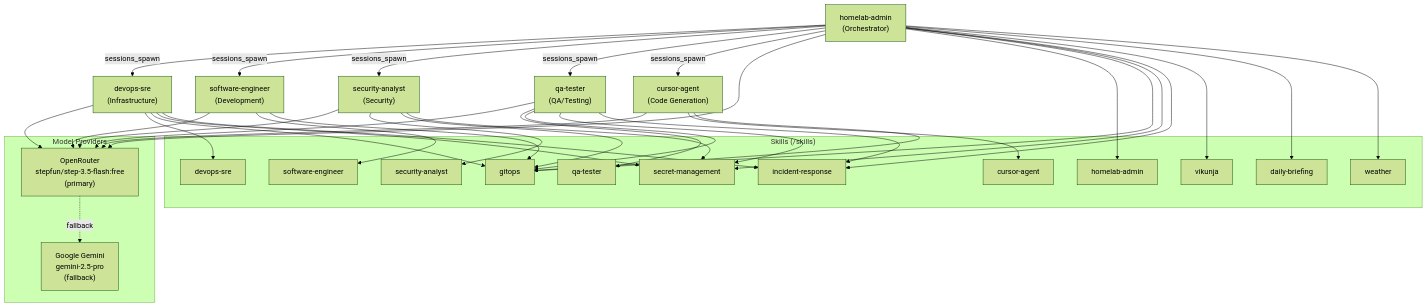
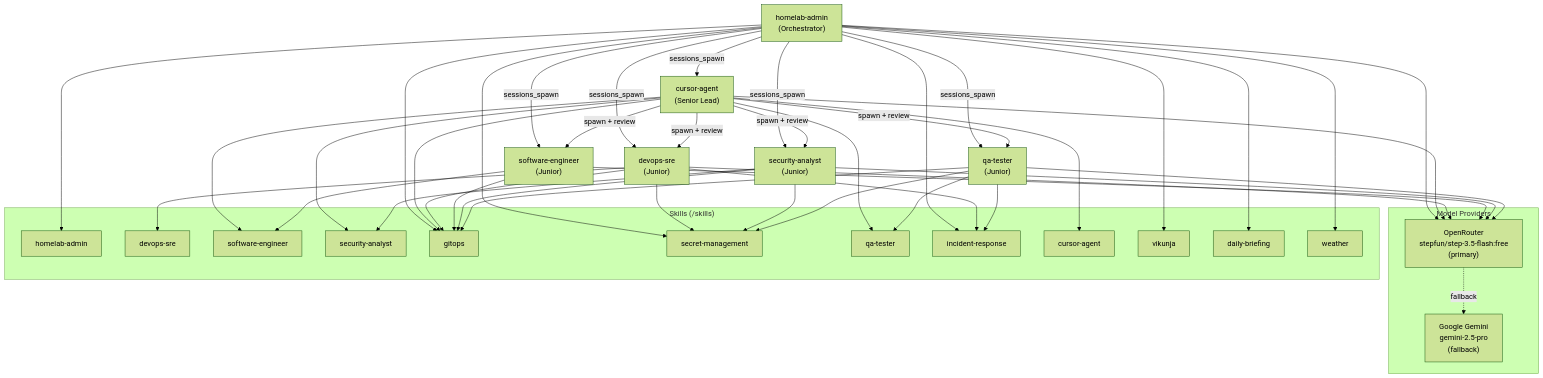
Before and after one commit to haingth77/homelab: the eighth of 8 diagrams in k8s/apps/openclaw/README.md, drawn with Mermaid (forest theme). The commit also changed other lines of this file and 10 other files, not shown here.

First line of the commit message:
feat: promote cursor-agent to senior lead with PR review authority and sub-agent spawning

````diff
--- a/k8s/apps/openclaw/README.md
+++ b/k8s/apps/openclaw/README.md
@@ -818,45 +821,49 @@
 ```mermaid
 flowchart TD
     subgraph models["Model Providers"]
         OpenRouterM["OpenRouter\nstepfun/step-3.5-flash:free\n(primary)"]
         GeminiM["Google Gemini\ngemini-2.5-pro\n(fallback)"]
     end
 
     HA["homelab-admin\n(Orchestrator)"]
-    DS["devops-sre\n(Infrastructure)"]
-    SE["software-engineer\n(Development)"]
-    SA["security-analyst\n(Security)"]
-    QA["qa-tester\n(QA/Testing)"]
-    CA["cursor-agent\n(Code Generation)"]
+    CA["cursor-agent\n(Senior Lead)"]
+    DS["devops-sre\n(Junior)"]
+    SE["software-engineer\n(Junior)"]
+    SA["security-analyst\n(Junior)"]
+    QA["qa-tester\n(Junior)"]
 
+    HA -- "sessions_spawn" --> CA
     HA -- "sessions_spawn" --> DS
     HA -- "sessions_spawn" --> SE
     HA -- "sessions_spawn" --> SA
     HA -- "sessions_spawn" --> QA
-    HA -- "sessions_spawn" --> CA
+    CA -- "spawn + review" --> DS
+    CA -- "spawn + review" --> SE
+    CA -- "spawn + review" --> SA
+    CA -- "spawn + review" --> QA
 
-    HA & DS & SE & SA & QA & CA --> OpenRouterM
+    HA & CA & DS & SE & SA & QA --> OpenRouterM
     OpenRouterM -. "fallback" .-> GeminiM
 
     subgraph skills["Skills (/skills)"]
         S1["homelab-admin"]
         S2["devops-sre"]
         S3["software-engineer"]
         S4["security-analyst"]
         S5["gitops"]
         S6["secret-management"]
         S7["qa-tester"]
         S8["incident-response"]
         S9["cursor-agent"]
         S10["vikunja"]
         S11["daily-briefing"]
         S12["weather"]
     end
 
     HA --> S1 & S5 & S6 & S8 & S10 & S11 & S12
+    CA --> S9 & S5 & S3 & S4 & S7
     DS --> S2 & S5 & S6 & S8
     SE --> S3 & S5
     SA --> S4 & S5 & S6
     QA --> S7 & S5 & S6 & S8
-    CA --> S9 & S5
 ```
````
